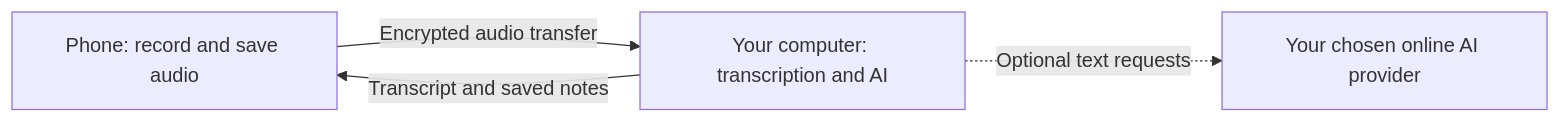
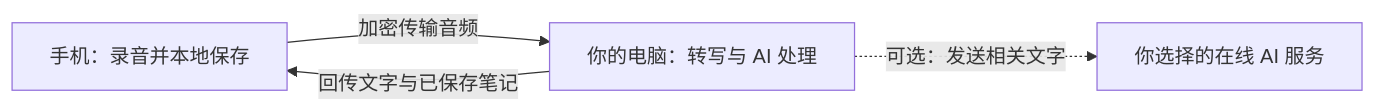
Before and after one commit to Sousukes/Brevia: the diagram in README.md, drawn with Mermaid. The commit also changed other lines of this file and 107 other files, not shown here.

````diff
--- a/README.md
+++ b/README.md
@@ -95,6 +131,6 @@
 ```mermaid
 flowchart LR
-  Phone[Phone: record and save audio] -->|Encrypted audio transfer| PC[Your computer: transcription and AI]
-  PC -->|Transcript and saved notes| Phone
-  PC -. Optional text requests .-> AI[Your chosen online AI provider]
+  Phone[手机：录音并本地保存] -->|加密传输音频| PC[你的电脑：转写与 AI 处理]
+  PC -->|回传文字与已保存笔记| Phone
+  PC -. 可选：发送相关文字 .-> AI[你选择的在线 AI 服务]
 ```
````
